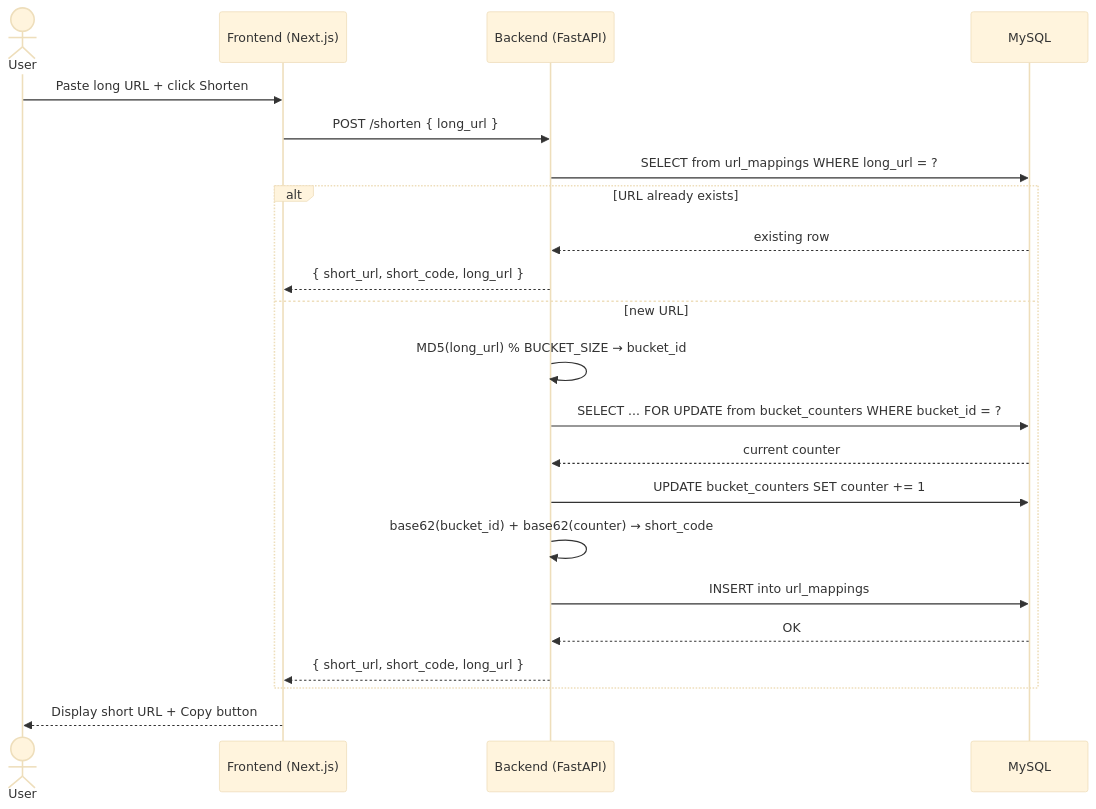
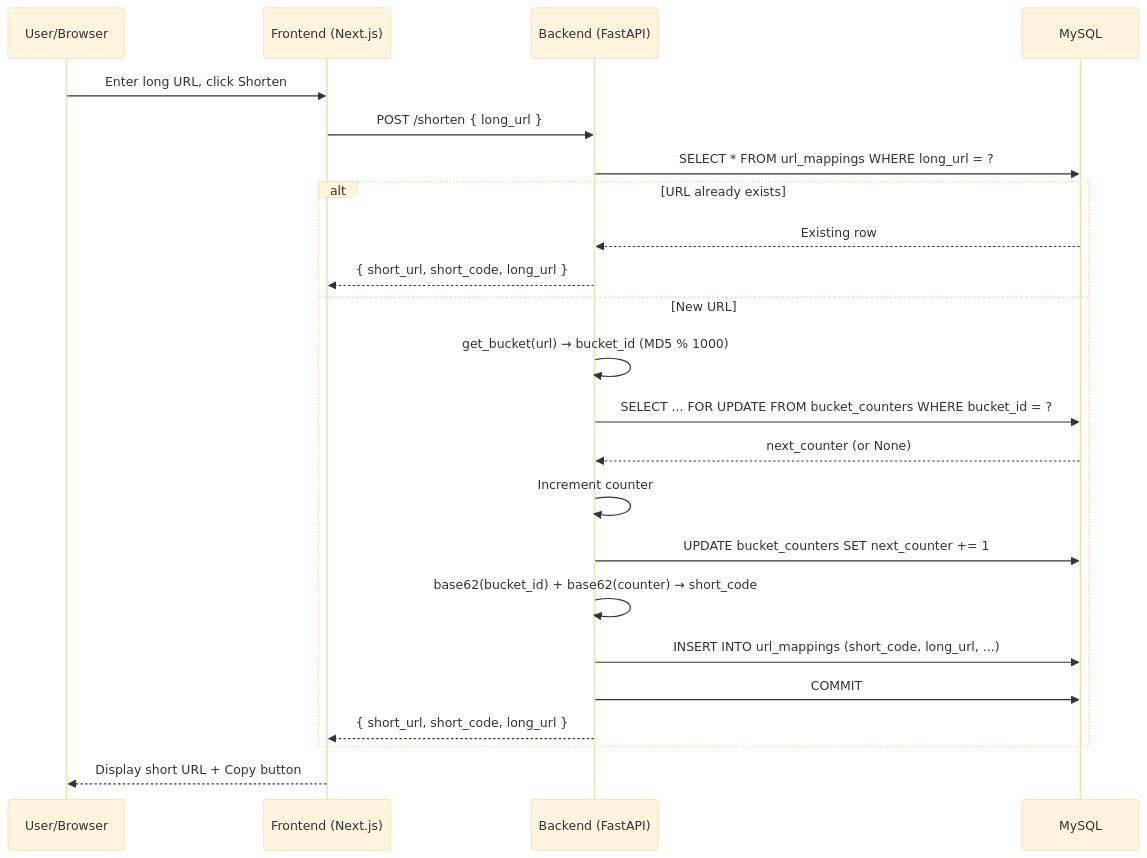
The second of 6 diagrams in ARCHITECTURE.md (luiscanaveral/kata-testing), drawn with Mermaid (base theme) before and after one commit. The commit also changed other lines of this file and 1 other file, not shown here.

````diff
--- a/ARCHITECTURE.md
+++ b/ARCHITECTURE.md
@@ -41,25 +36,26 @@
 ```mermaid
 sequenceDiagram
-    actor U as User
-    participant UI as Frontend (Next.js)
-    participant API as Backend (FastAPI)
+    participant User as User/Browser
+    participant Frontend as Frontend (Next.js)
+    participant Backend as Backend (FastAPI)
     participant DB as MySQL
 
-    U->>UI: Paste long URL + click Shorten
-    UI->>API: POST /shorten { long_url }
-    API->>DB: SELECT from url_mappings WHERE long_url = ?
+    User->>Frontend: Enter long URL, click Shorten
+    Frontend->>Backend: POST /shorten { long_url }
+    Backend->>DB: SELECT * FROM url_mappings WHERE long_url = ?
     alt URL already exists
-        DB-->>API: existing row
-        API-->>UI: { short_url, short_code, long_url }
-    else new URL
-        API->>API: MD5(long_url) % BUCKET_SIZE → bucket_id
-        API->>DB: SELECT ... FOR UPDATE from bucket_counters WHERE bucket_id = ?
-        DB-->>API: current counter
-        API->>DB: UPDATE bucket_counters SET counter += 1
-        API->>API: base62(bucket_id) + base62(counter) → short_code
-        API->>DB: INSERT into url_mappings
-        DB-->>API: OK
-        API-->>UI: { short_url, short_code, long_url }
+        DB-->>Backend: Existing row
+        Backend-->>Frontend: { short_url, short_code, long_url }
+    else New URL
+        Backend->>Backend: get_bucket(url) → bucket_id (MD5 % 1000)
+        Backend->>DB: SELECT ... FOR UPDATE FROM bucket_counters WHERE bucket_id = ?
+        DB-->>Backend: next_counter (or None)
+        Backend->>Backend: Increment counter
+        Backend->>DB: UPDATE bucket_counters SET next_counter += 1
+        Backend->>Backend: base62(bucket_id) + base62(counter) → short_code
+        Backend->>DB: INSERT INTO url_mappings (short_code, long_url, ...)
+        Backend->>DB: COMMIT
+        Backend-->>Frontend: { short_url, short_code, long_url }
     end
-    UI-->>U: Display short URL + Copy button
+    Frontend-->>User: Display short URL + Copy button
 ```
````
